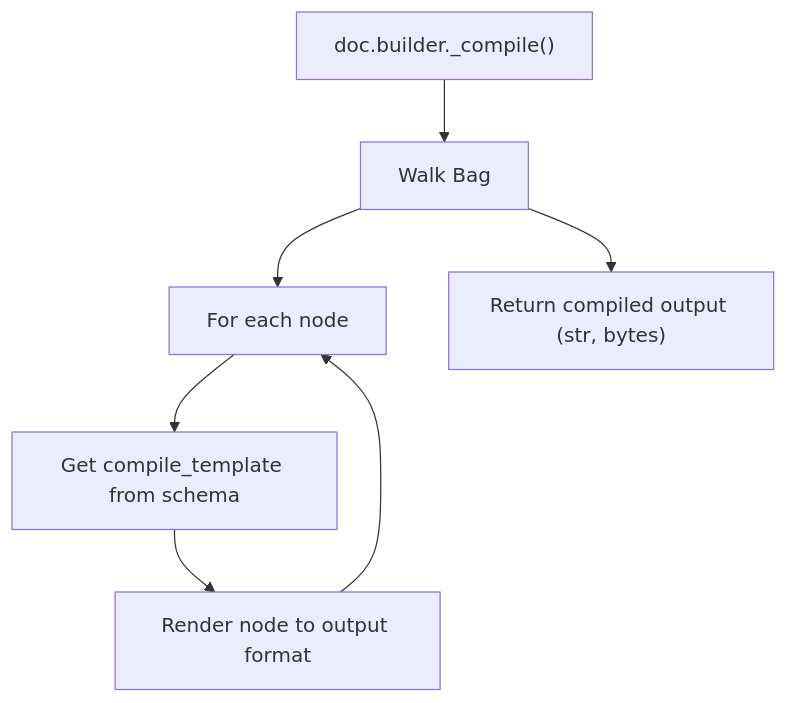
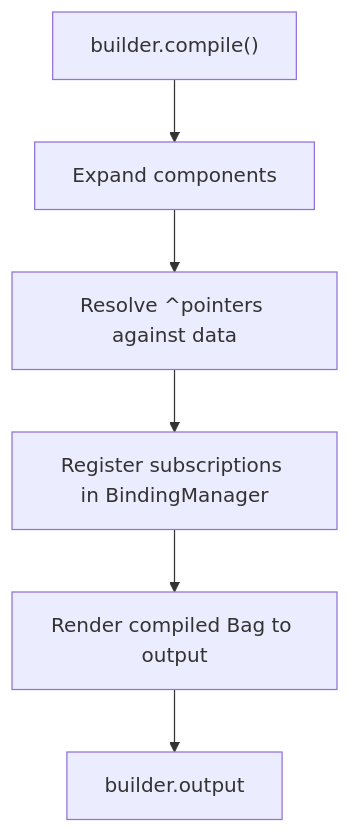
Before and after one commit to genropy/genro-builders: the third of 3 diagrams in docs/builders/architecture.md, drawn with Mermaid. The commit also changed other lines of this file and 9 other files, not shown here.

````diff
--- a/docs/builders/architecture.md
+++ b/docs/builders/architecture.md
@@ -35,9 +36,8 @@
 ```{mermaid}
 flowchart TB
-    A["doc.builder._compile()"] --> B[Walk Bag]
-    B --> C[For each node]
-    C --> D[Get compile_template from schema]
-    D --> E[Render node to output format]
-    E --> C
-    B --> F["Return compiled output (str, bytes)"]
+    A["builder.compile()"] --> B[Expand components]
+    B --> C["Resolve ^pointers against data"]
+    C --> D[Register subscriptions in BindingManager]
+    D --> E["Render compiled Bag to output"]
+    E --> F["builder.output"]
 ```
````
